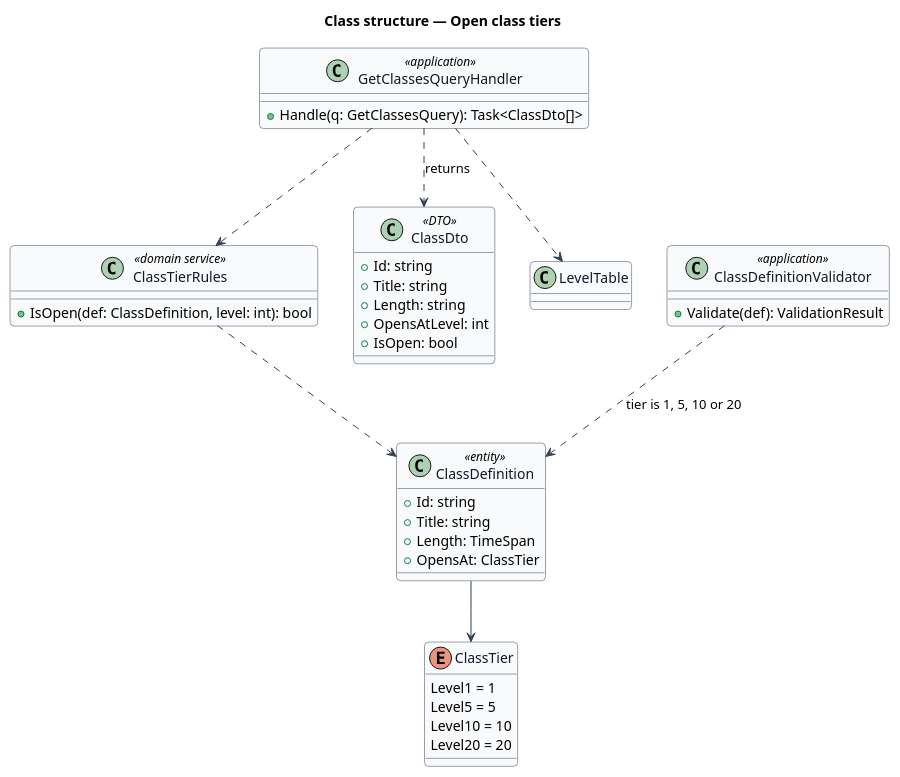
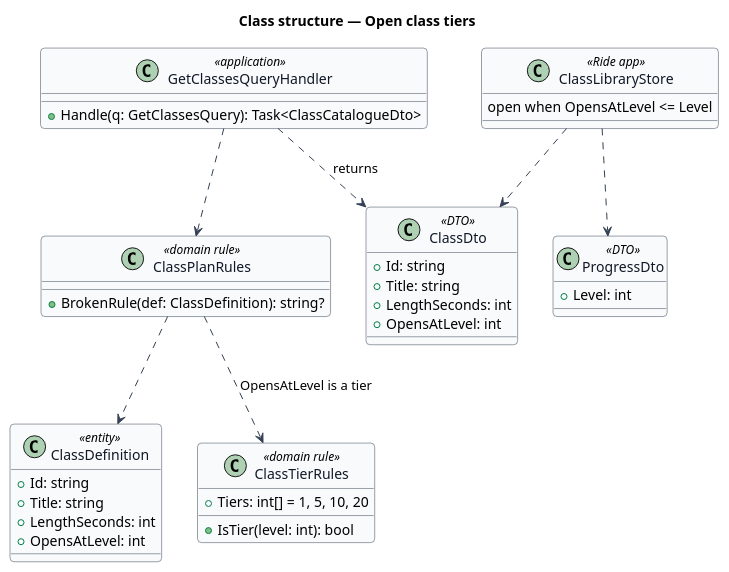
Before and after one commit to QuinntyneBrown/ride-one: the diagram in docs/detailed-designs/progression/open-class-tiers/diagrams/class-structure.puml, drawn with PlantUML. The commit also changed 8 other files, not shown here.

```diff
--- a/docs/detailed-designs/progression/open-class-tiers/diagrams/class-structure.puml
+++ b/docs/detailed-designs/progression/open-class-tiers/diagrams/class-structure.puml
@@ -1,49 +1,49 @@
 @startuml
 ' --- shared skin header ---
 skinparam backgroundColor #FFFFFF
 skinparam shadowing false
 skinparam roundcorner 8
 skinparam defaultFontName Arial
 skinparam ArrowColor #344054
 skinparam class {
   BorderColor #344054
   FontColor #101828
   BackgroundColor #F9FAFB
 }
 ' --------------------------
 title Class structure — Open class tiers
-enum ClassTier {
-  Level1 = 1
-  Level5 = 5
-  Level10 = 10
-  Level20 = 20
-}
 class ClassDefinition <<entity>> {
   +Id: string
   +Title: string
-  +Length: TimeSpan
-  +OpensAt: ClassTier
+  +LengthSeconds: int
+  +OpensAtLevel: int
 }
-class ClassTierRules <<domain service>> {
-  +IsOpen(def: ClassDefinition, level: int): bool
+class ClassTierRules <<domain rule>> {
+  +Tiers: int[] = 1, 5, 10, 20
+  +IsTier(level: int): bool
 }
-class ClassDefinitionValidator <<application>> {
-  +Validate(def): ValidationResult
+class ClassPlanRules <<domain rule>> {
+  +BrokenRule(def: ClassDefinition): string?
 }
 class GetClassesQueryHandler <<application>> {
-  +Handle(q: GetClassesQuery): Task<ClassDto[]>
+  +Handle(q: GetClassesQuery): Task<ClassCatalogueDto>
 }
 class ClassDto <<DTO>> {
   +Id: string
   +Title: string
-  +Length: string
+  +LengthSeconds: int
   +OpensAtLevel: int
-  +IsOpen: bool
 }
-ClassDefinition --> ClassTier
-ClassTierRules ..> ClassDefinition
-ClassDefinitionValidator ..> ClassDefinition : tier is 1, 5, 10 or 20
-GetClassesQueryHandler ..> ClassTierRules
-GetClassesQueryHandler ..> LevelTable
+class ProgressDto <<DTO>> {
+  +Level: int
+}
+class ClassLibraryStore <<Ride app>> {
+  open when OpensAtLevel <= Level
+}
+ClassPlanRules ..> ClassDefinition
+ClassPlanRules ..> ClassTierRules : OpensAtLevel is a tier
+GetClassesQueryHandler ..> ClassPlanRules
 GetClassesQueryHandler ..> ClassDto : returns
+ClassLibraryStore ..> ClassDto
+ClassLibraryStore ..> ProgressDto
 @enduml
```
